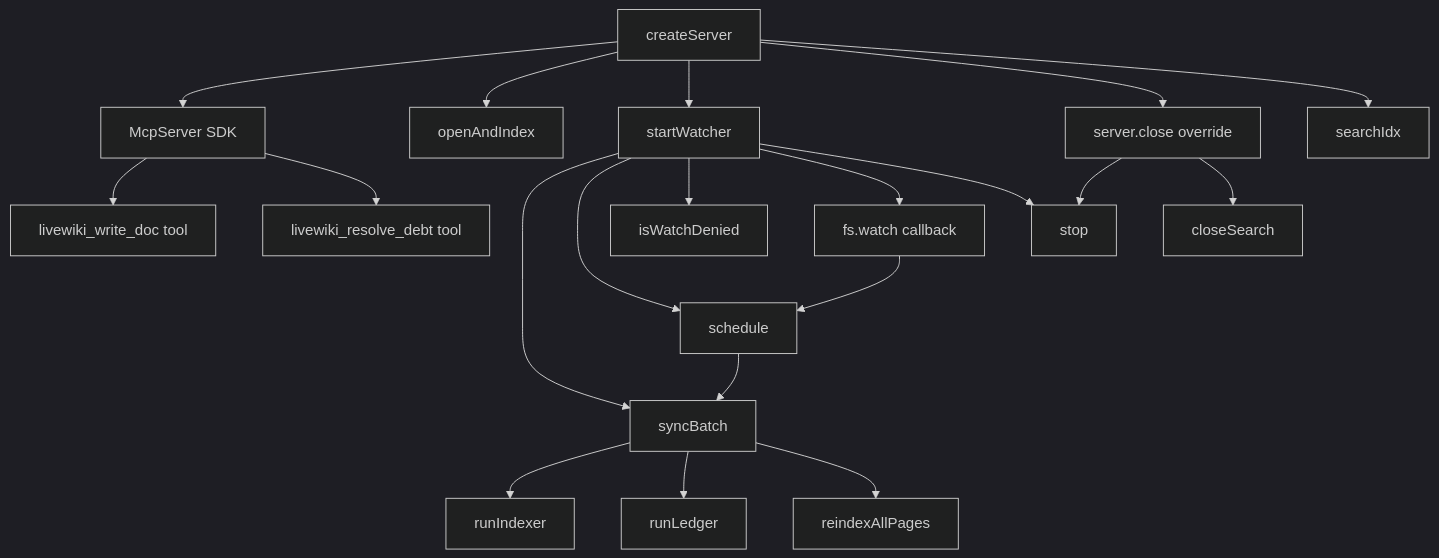
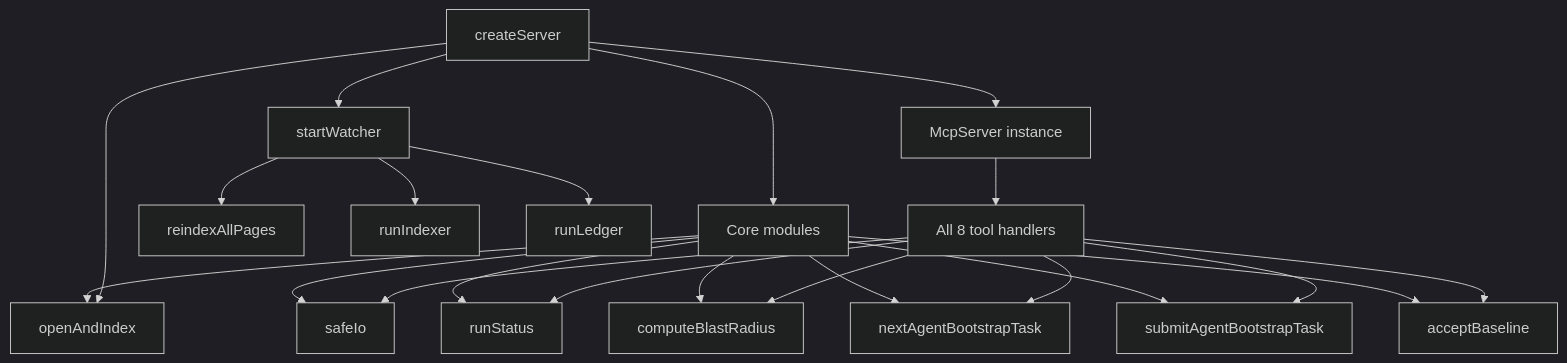
The diagram in livewiki/diagrams/mcp-src-server.mmd (eduardoabreu81/livewiki), drawn with Mermaid (dark theme) before and after one commit. The commit also changed 31 other files, not shown here.

First line of the commit message:
docs(livewiki): pay anti-thinking feature debt (17 symbols, 12 pages)

```diff
--- a/livewiki/diagrams/mcp-src-server.mmd
+++ b/livewiki/diagrams/mcp-src-server.mmd
@@ -1,20 +1,22 @@
 graph TD
-    A[createServer] --> B[McpServer SDK]
-    A --> C[openAndIndex]
+    A[createServer] --> B[openAndIndex]
+    A --> C[McpServer instance]
     A --> D[startWatcher]
-    D --> E[syncBatch]
-    E --> F[runIndexer]
-    E --> G[runLedger]
-    E --> H[reindexAllPages]
-    D --> I[schedule]
-    D --> J[isWatchDenied]
-    D --> K[fs.watch callback]
-    K --> I
-    I --> E
-    D --> L[stop]
-    A --> M[server.close override]
-    M --> L
-    M --> N[closeSearch]
-    B --> O[livewiki_write_doc tool]
-    B --> P[livewiki_resolve_debt tool]
-    A --> Q[searchIdx]
+    A --> E[Core modules]
+    D --> F[reindexAllPages]
+    D --> G[runIndexer]
+    D --> H[runLedger]
+    C --> I[All 8 tool handlers]
+    I --> J[safeIo]
+    I --> K[runStatus]
+    I --> L[computeBlastRadius]
+    I --> M[nextAgentBootstrapTask]
+    I --> N[submitAgentBootstrapTask]
+    I --> O[acceptBaseline]
+    E --> B
+    E --> J
+    E --> K
+    E --> L
+    E --> M
+    E --> N
+    E --> O
```
